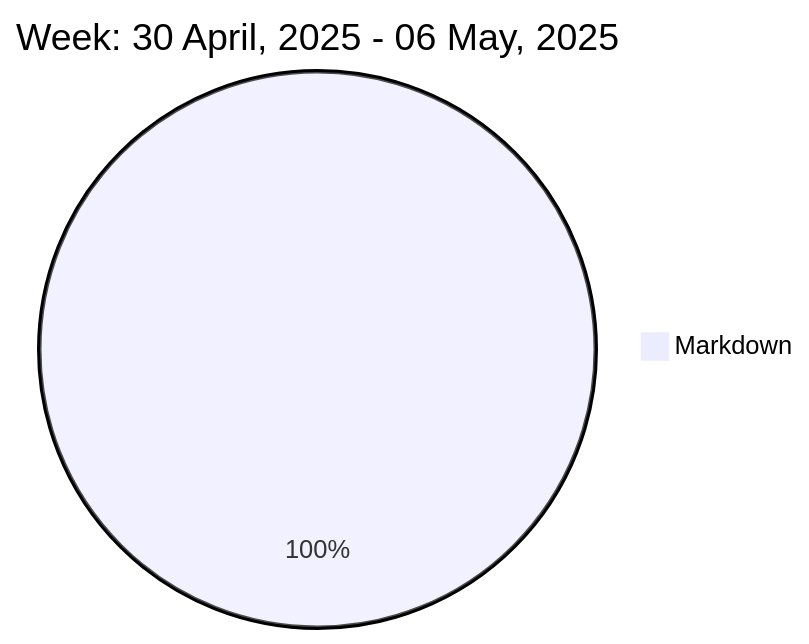
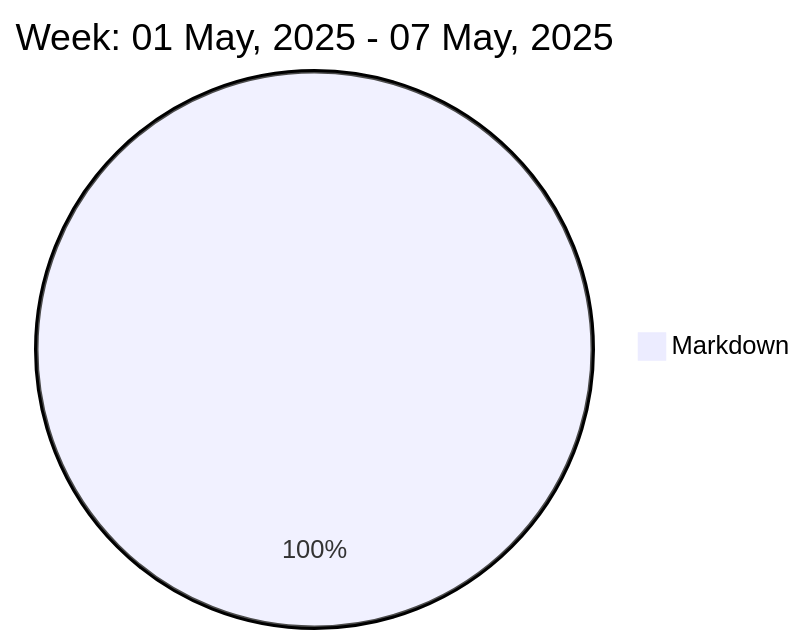
The diagram in README.md (liubin95/liubin95), drawn with Mermaid before and after one commit.

Commit message:
Updated the Graph with new Metrics

````diff
--- a/README.md
+++ b/README.md
@@ -37,5 +37,5 @@
 ```mermaid
  pie
-title Week: 30 April, 2025 - 06 May, 2025
- "Markdown" : 3.12
+title Week: 01 May, 2025 - 07 May, 2025
+ "Markdown" : 2.17
 ```
````
